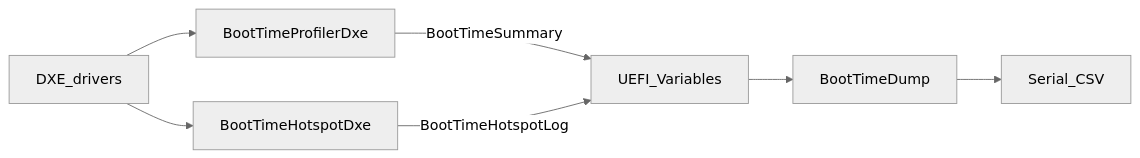
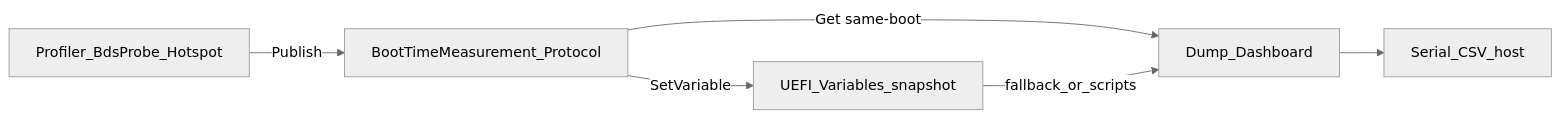
One commit to weijhih0403/x86-UEFI-Boot-Time-Measurement changed the diagram in README.md. Above: the diagram before and after it, drawn with Mermaid (neutral theme). The commit also changed other lines of this file and 34 other files, not shown here.

First line of the commit message:
Add BootTimeMeasurement Protocol for same-boot live metrics.

````diff
--- a/README.md
+++ b/README.md
@@ -65,15 +66,13 @@
 ```mermaid
 flowchart LR
-  dxe[DXE_drivers]
-  prof[BootTimeProfilerDxe]
-  hot[BootTimeHotspotDxe]
-  nvram[UEFI_Variables]
-  dump[BootTimeDump]
-  csv[Serial_CSV]
-  dxe --> prof
-  dxe --> hot
-  prof -->|"BootTimeSummary"| nvram
-  hot -->|"BootTimeHotspotLog"| nvram
-  nvram --> dump
+  writers[Profiler_BdsProbe_Hotspot]
+  proto[BootTimeMeasurement_Protocol]
+  nvram[UEFI_Variables_snapshot]
+  dump[Dump_Dashboard]
+  csv[Serial_CSV_host]
+  writers -->|"Publish"| proto
+  proto -->|"Get same-boot"| dump
+  proto -->|"SetVariable"| nvram
+  nvram -->|"fallback_or_scripts"| dump
   dump --> csv
 ```
````
